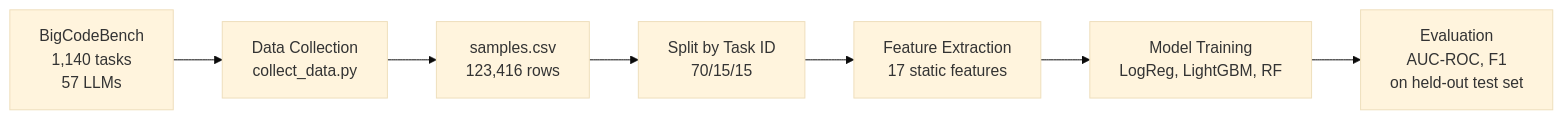
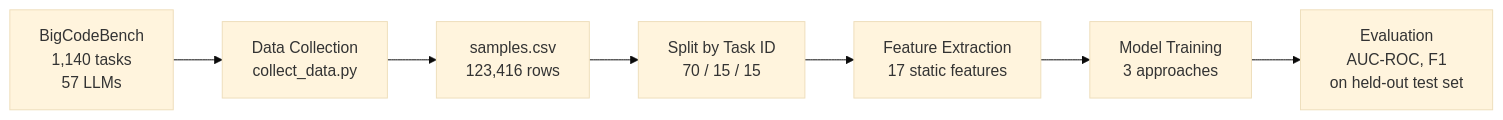
Before and after one commit to Vihaan8/ml_vibe_check_ai_code_quality: the first of 4 diagrams in README.md, drawn with Mermaid (base theme). The commit also changed other lines of this file and 21 other files, not shown here.

````diff
--- a/README.md
+++ b/README.md
@@ -12,9 +12,9 @@
 ```mermaid
 flowchart LR
     A["BigCodeBench\n1,140 tasks\n57 LLMs"] --> B["Data Collection\ncollect_data.py"]
     B --> C["samples.csv\n123,416 rows"]
-    C --> D["Split by Task ID\n70/15/15"]
+    C --> D["Split by Task ID\n70 / 15 / 15"]
     D --> E["Feature Extraction\n17 static features"]
-    E --> F["Model Training\nLogReg, LightGBM, RF"]
+    E --> F["Model Training\n3 approaches"]
     F --> G["Evaluation\nAUC-ROC, F1\non held-out test set"]
 ```
````
